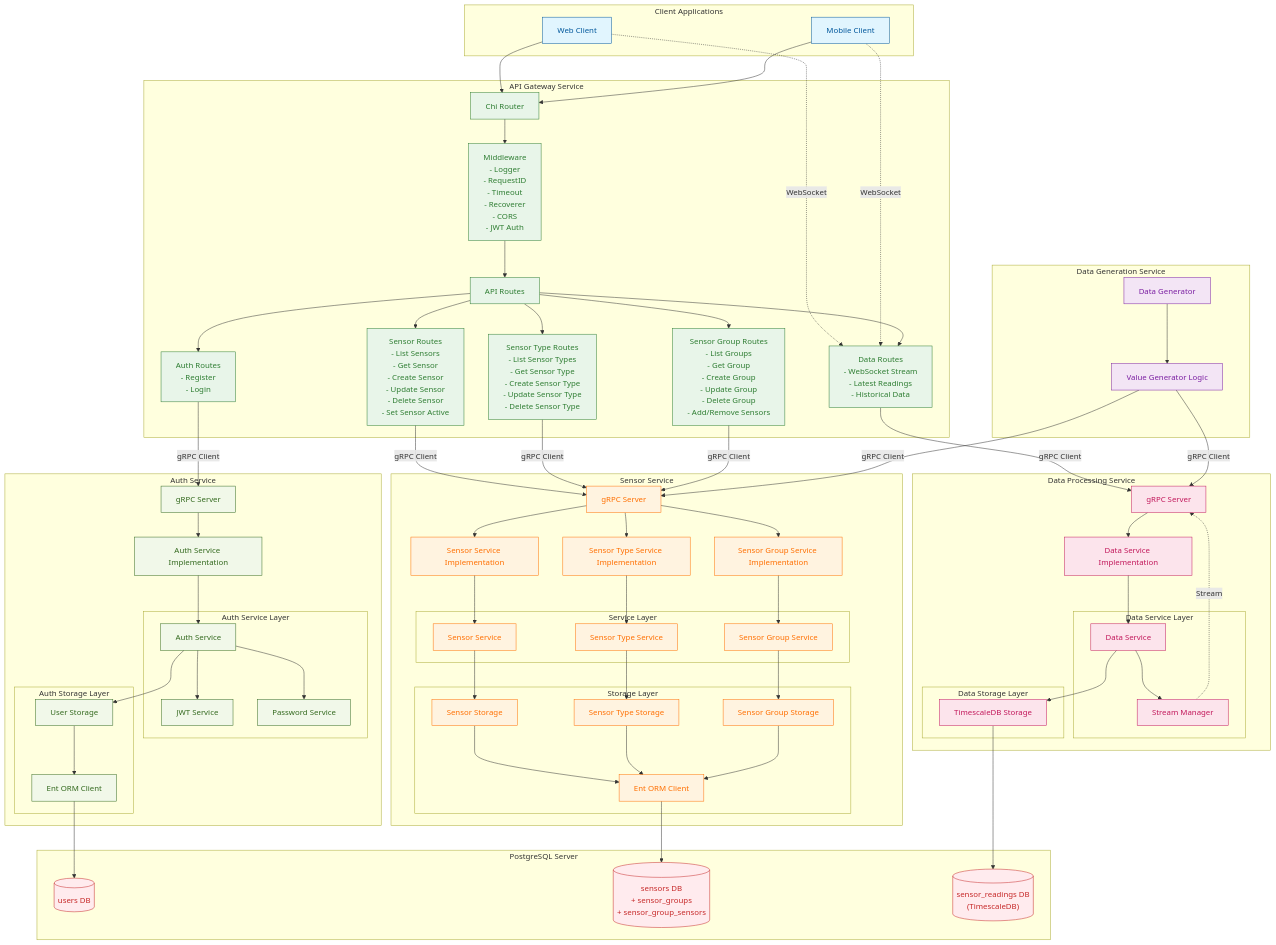
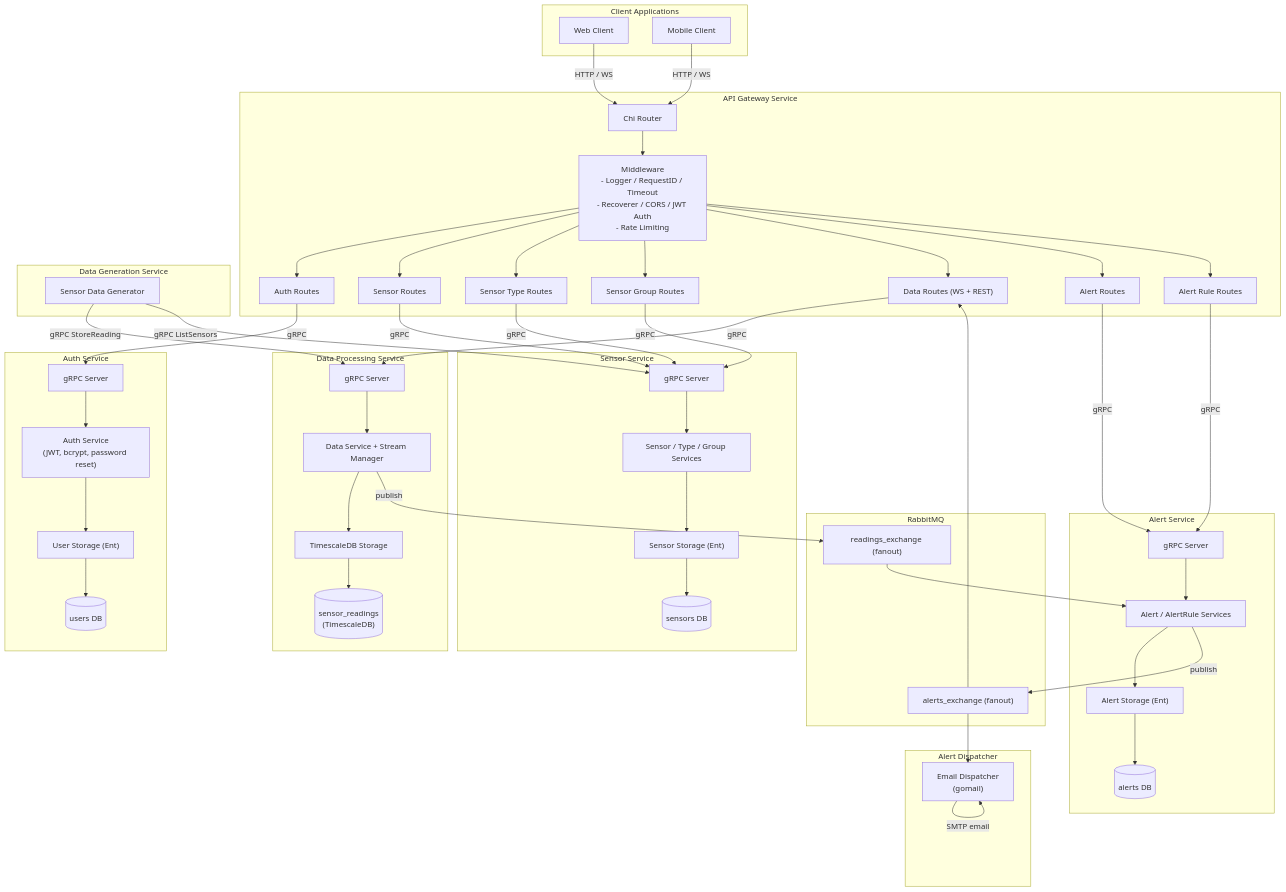
Before and after one commit to fkula5/iot-monitor-backend: the diagram in README.md, drawn with Mermaid. The commit also changed other lines of this file, not shown here.

````diff
--- a/README.md
+++ b/README.md
@@ -25,164 +35,82 @@
 ```mermaid
 flowchart TD
-    %% Client Applications
     subgraph "Client Applications"
         WebClient["Web Client"]
         MobileClient["Mobile Client"]
     end
 
-    %% API Gateway Service
     subgraph "API Gateway Service"
         ChiRouter["Chi Router"]
-        ApiRoutes["API Routes"]
-        Middleware["Middleware </br>- Logger</br>- RequestID</br>- Timeout</br>- Recoverer</br>- CORS</br>- JWT Auth"]
-        SensorRoutes["Sensor Routes</br>- List Sensors</br>- Get Sensor</br>- Create Sensor</br>- Update Sensor</br>- Delete Sensor</br>- Set Sensor Active"]
-        SensorTypeRoutes["Sensor Type Routes</br>- List Sensor Types</br>- Get Sensor Type</br>- Create Sensor Type</br>- Update Sensor Type</br>- Delete Sensor Type"]
-        SensorGroupRoutes["Sensor Group Routes</br>- List Groups</br>- Get Group</br>- Create Group</br>- Update Group</br>- Delete Group</br>- Add/Remove Sensors"]
-        AuthRoutes["Auth Routes</br>- Register</br>- Login"]
-        DataRoutes["Data Routes</br>- WebSocket Stream</br>- Latest Readings</br>- Historical Data"]
+        Middleware["Middleware\n- Logger / RequestID / Timeout\n- Recoverer / CORS / JWT Auth\n- Rate Limiting"]
+        SensorRoutes["Sensor Routes"]
+        SensorTypeRoutes["Sensor Type Routes"]
+        SensorGroupRoutes["Sensor Group Routes"]
+        AuthRoutes["Auth Routes"]
+        DataRoutes["Data Routes (WS + REST)"]
+        AlertRoutes["Alert Routes"]
+        AlertRuleRoutes["Alert Rule Routes"]
     end
 
-    %% Auth Service
     subgraph "Auth Service"
-        AuthGrpcServer["gRPC Server"]
-        AuthServiceImpl["Auth Service Implementation"]
-
-        subgraph "Auth Service Layer"
-            AuthService["Auth Service"]
-            JWTService["JWT Service"]
-            PasswordService["Password Service"]
-        end
-
-        subgraph "Auth Storage Layer"
-            UserStorage["User Storage"]
-            AuthEntClient["Ent ORM Client"]
-        end
+        AuthGrpc["gRPC Server"]
+        AuthSvc["Auth Service\n(JWT, bcrypt, password reset)"]
+        UserStore["User Storage (Ent)"]
+        AuthDB[(users DB)]
     end
 
-    %% Sensor Service
     subgraph "Sensor Service"
-        GrpcServer["gRPC Server"]
-        SensorServiceImpl["Sensor Service Implementation"]
-        SensorTypeServiceImpl["Sensor Type Service Implementation"]
-        SensorGroupServiceImpl["Sensor Group Service Implementation"]
-
-        subgraph "Service Layer"
-            SensorService["Sensor Service"]
-            SensorTypeService["Sensor Type Service"]
-            SensorGroupService["Sensor Group Service"]
-        end
-
-        subgraph "Storage Layer"
-            SensorStorage["Sensor Storage"]
-            SensorTypeStorage["Sensor Type Storage"]
-            SensorGroupStorage["Sensor Group Storage"]
-            EntClient["Ent ORM Client"]
-        end
+        SensorGrpc["gRPC Server"]
+        SensorSvc["Sensor / Type / Group Services"]
+        SensorStore["Sensor Storage (Ent)"]
+        SensorDB[(sensors DB)]
     end
 
-    %% Data Processing Service
     subgraph "Data Processing Service"
-        DataGrpcServer["gRPC Server"]
-        DataServiceImpl["Data Service Implementation"]
-
-        subgraph "Data Service Layer"
-            DataService["Data Service"]
-            StreamManager["Stream Manager"]
-        end
-
-        subgraph "Data Storage Layer"
-            TimescaleStorage["TimescaleDB Storage"]
-        end
+        DataGrpc["gRPC Server"]
+        DataSvc["Data Service + Stream Manager"]
+        DataStore["TimescaleDB Storage"]
+        DataDB[("sensor_readings\n(TimescaleDB)")]
     end
 
-    %% Database Server
-    subgraph "PostgreSQL Server"
-        AuthPostgresDB[(users DB)]
-        SensorsDB[(sensors DB</br>+ sensor_groups</br>+ sensor_group_sensors)]
-        DataDB[("sensor_readings DB</br>(TimescaleDB)")]
+    subgraph "Alert Service"
+        AlertGrpc["gRPC Server"]
+        AlertSvc["Alert / AlertRule Services"]
+        AlertStore["Alert Storage (Ent)"]
+        AlertDB[(alerts DB)]
     end
 
-    %% Data Generation Service
-    subgraph "Data Generation Service"
-        Generator["Data Generator"]
-        ValueGenerator["Value Generator Logic"]
+    subgraph "Alert Dispatcher"
+        Dispatcher["Email Dispatcher\n(gomail)"]
     end
 
-    %% Connections between components
-    %% Client to API Gateway
-    WebClient --> ChiRouter
-    MobileClient --> ChiRouter
-    WebClient -.WebSocket.-> DataRoutes
-    MobileClient -.WebSocket.-> DataRoutes
+    subgraph "RabbitMQ"
+        ReadingsExchange["readings_exchange (fanout)"]
+        AlertsExchange["alerts_exchange (fanout)"]
+    end
 
-    %% API Gateway internal connections
-    ChiRouter --> Middleware
-    Middleware --> ApiRoutes
-    ApiRoutes --> SensorRoutes
-    ApiRoutes --> SensorTypeRoutes
-    ApiRoutes --> SensorGroupRoutes
-    ApiRoutes --> AuthRoutes
-    ApiRoutes --> DataRoutes
+    subgraph "Data Generation Service"
+        Generator["Sensor Data Generator"]
+    end
 
-    %% API Gateway to Services
-    AuthRoutes -- "gRPC Client" --> AuthGrpcServer
-    SensorRoutes -- "gRPC Client" --> GrpcServer
-    SensorTypeRoutes -- "gRPC Client" --> GrpcServer
-    SensorGroupRoutes -- "gRPC Client" --> GrpcServer
-    DataRoutes -- "gRPC Client" --> DataGrpcServer
+    WebClient -->|HTTP / WS| ChiRouter
+    MobileClient -->|HTTP / WS| ChiRouter
+    ChiRouter --> Middleware --> AuthRoutes & SensorRoutes & SensorTypeRoutes & SensorGroupRoutes & DataRoutes & AlertRoutes & AlertRuleRoutes
 
-    %% Auth Service internal connections
-    AuthGrpcServer --> AuthServiceImpl
-    AuthServiceImpl --> AuthService
-    AuthService --> JWTService
-    AuthService --> PasswordService
-    AuthService --> UserStorage
-    UserStorage --> AuthEntClient
-    AuthEntClient --> AuthPostgresDB
+    AuthRoutes -->|gRPC| AuthGrpc --> AuthSvc --> UserStore --> AuthDB
+    SensorRoutes & SensorTypeRoutes & SensorGroupRoutes -->|gRPC| SensorGrpc --> SensorSvc --> SensorStore --> SensorDB
+    DataRoutes -->|gRPC| DataGrpc --> DataSvc --> DataStore --> DataDB
 
-    %% Sensor Service internal connections
-    GrpcServer --> SensorServiceImpl
-    GrpcServer --> SensorTypeServiceImpl
-    GrpcServer --> SensorGroupServiceImpl
-    SensorServiceImpl --> SensorService
-    SensorTypeServiceImpl --> SensorTypeService
-    SensorGroupServiceImpl --> SensorGroupService
-    SensorService --> SensorStorage
-    SensorTypeService --> SensorTypeStorage
-    SensorGroupService --> SensorGroupStorage
-    SensorStorage --> EntClient
-    SensorTypeStorage --> EntClient
-    SensorGroupStorage --> EntClient
-    EntClient --> SensorsDB
+    DataSvc -->|publish| ReadingsExchange
+    ReadingsExchange --> AlertSvc
+    AlertSvc --> AlertStore --> AlertDB
+    AlertRoutes & AlertRuleRoutes -->|gRPC| AlertGrpc --> AlertSvc
 
-    %% Data Processing Service internal connections
-    DataGrpcServer --> DataServiceImpl
-    DataServiceImpl --> DataService
-    DataService --> StreamManager
-    DataService --> TimescaleStorage
-    StreamManager -.Stream.-> DataGrpcServer
-    TimescaleStorage --> DataDB
+    AlertSvc -->|publish| AlertsExchange
+    AlertsExchange --> Dispatcher
+    Dispatcher -->|SMTP email| Dispatcher
 
-    %% Data Generation Service connections
-    Generator --> ValueGenerator
-    ValueGenerator -- "gRPC Client" --> GrpcServer
-    ValueGenerator -- "gRPC Client" --> DataGrpcServer
+    AlertsExchange --> DataRoutes
 
-    %% Style definitions
-    classDef client fill:#e1f5fe,stroke:#01579b,color:#01579b
-    classDef apiGateway fill:#e8f5e9,stroke:#2e7d32,color:#2e7d32
-    classDef authService fill:#f1f8e9,stroke:#33691e,color:#33691e
-    classDef sensorService fill:#fff3e0,stroke:#ff6f00,color:#ff6f00
-    classDef dataService fill:#fce4ec,stroke:#c2185b,color:#c2185b
-    classDef dataGeneration fill:#f3e5f5,stroke:#7b1fa2,color:#7b1fa2
-    classDef database fill:#ffebee,stroke:#c62828,color:#c62828
-
-    %% Apply styles
-    class WebClient,MobileClient client
-    class ChiRouter,ApiRoutes,Middleware,SensorRoutes,SensorTypeRoutes,SensorGroupRoutes,AuthRoutes,DataRoutes apiGateway
-    class AuthGrpcServer,AuthServiceImpl,AuthService,JWTService,PasswordService,UserStorage,AuthEntClient authService
-    class GrpcServer,SensorServiceImpl,SensorTypeServiceImpl,SensorGroupServiceImpl,SensorService,SensorTypeService,SensorGroupService,SensorStorage,SensorTypeStorage,SensorGroupStorage,EntClient sensorService
-    class DataGrpcServer,DataServiceImpl,DataService,StreamManager,TimescaleStorage dataService
-    class Generator,ValueGenerator dataGeneration
-    class AuthPostgresDB,SensorsDB,DataDB database
+    Generator -->|gRPC StoreReading| DataGrpc
+    Generator -->|gRPC ListSensors| SensorGrpc
 ```
````
